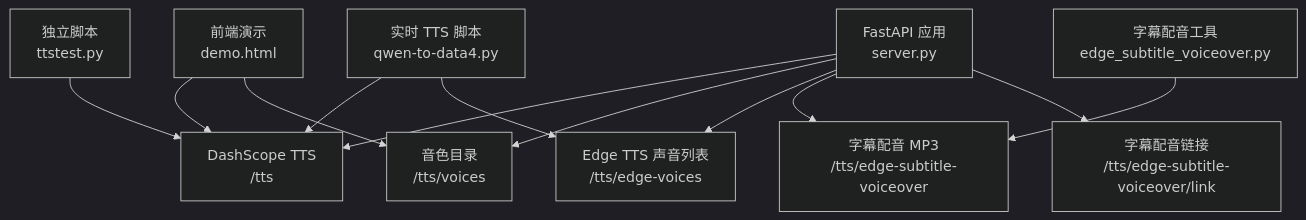
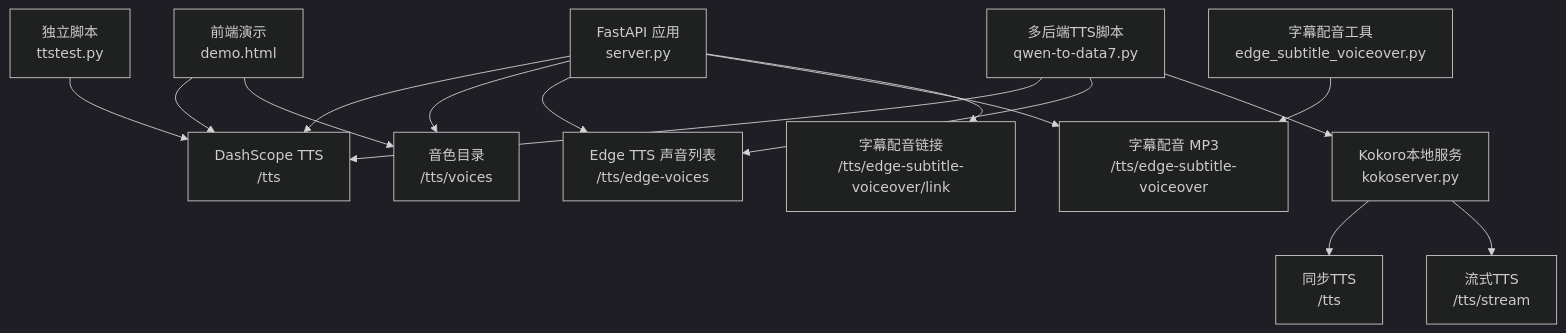
One commit to 1024dashen/Vue3Speech changed the first of 9 diagrams in .qoder/repowiki/zh/content/语音合成服务/语音合成服务.md. Above: the diagram before and after it, drawn with Mermaid (dark theme). The commit also changed other lines of this file and 9 other files, not shown here.

First line of the commit message:
fix(qwen-to-data7): 修正解说文本禁用正则和流式生成逻辑

````diff
--- a/.qoder/repowiki/zh/content/语音合成服务/语音合成服务.md
+++ b/.qoder/repowiki/zh/content/语音合成服务/语音合成服务.md
@@ -41,14 +53,17 @@
 ```mermaid
 graph TB
 A["FastAPI 应用<br/>server.py"] --> B["DashScope TTS<br/>/tts"]
 A --> C["音色目录<br/>/tts/voices"]
 A --> D["Edge TTS 声音列表<br/>/tts/edge-voices"]
 A --> E["字幕配音 MP3<br/>/tts/edge-subtitle-voiceover"]
 A --> F["字幕配音链接<br/>/tts/edge-subtitle-voiceover/link"]
 G["前端演示<br/>demo.html"] --> B
 G --> C
 H["独立脚本<br/>ttstest.py"] --> B
 I["字幕配音工具<br/>edge_subtitle_voiceover.py"] --> E
-J["实时 TTS 脚本<br/>qwen-to-data4.py"] --> B
+J["多后端TTS脚本<br/>qwen-to-data7.py"] --> B
 J --> D
+J --> K["Kokoro本地服务<br/>kokoserver.py"]
+K --> L["同步TTS<br/>/tts"]
+K --> M["流式TTS<br/>/tts/stream"]
 ```
````
